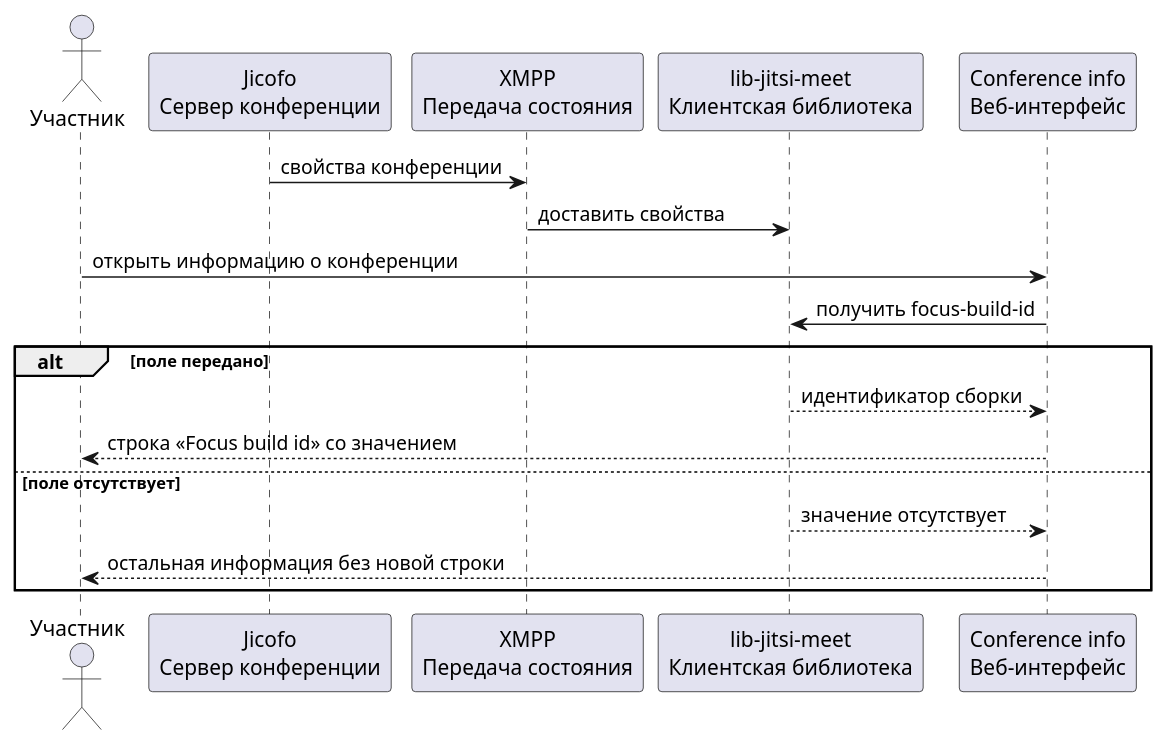
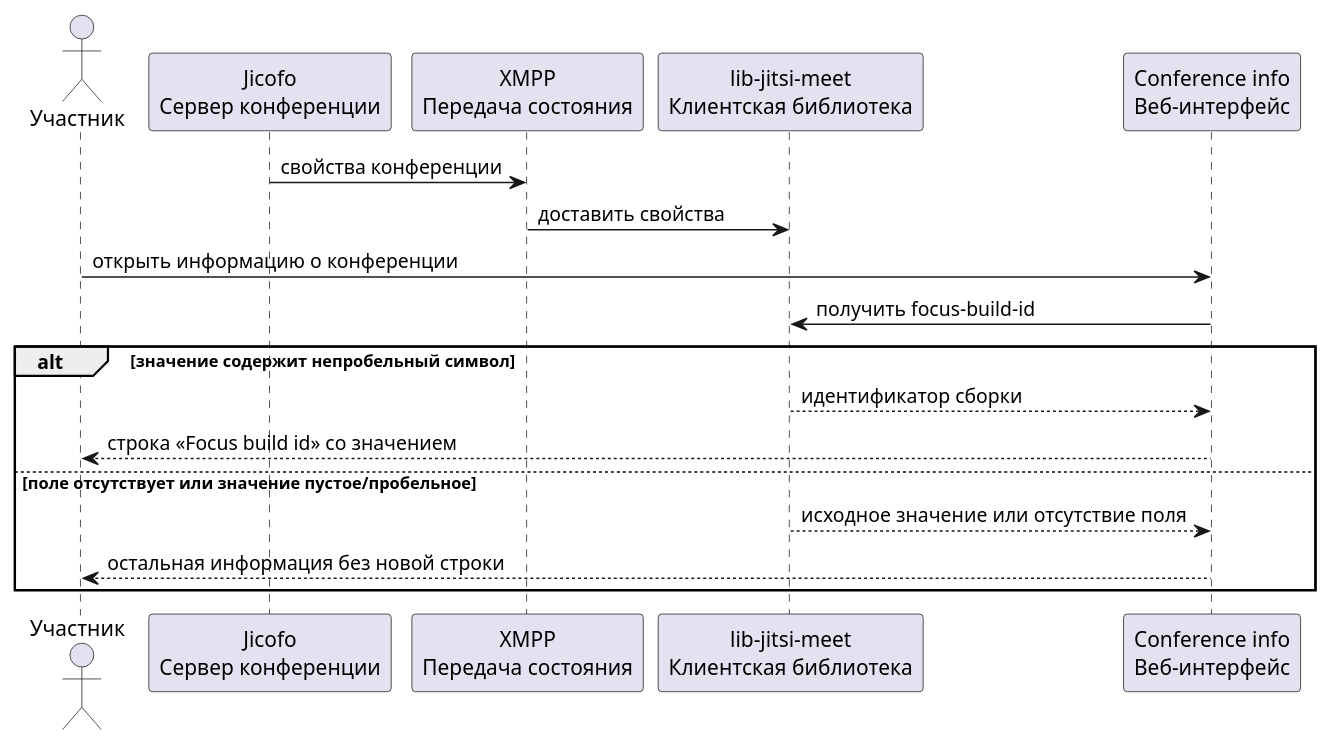
The diagram in openspec/changes/display-conference-focus-build-id/intake.md (kxnzee/specs), drawn with PlantUML before and after one commit. The commit also changed other lines of this file and 5 other files, not shown here.

````diff
--- a/openspec/changes/display-conference-focus-build-id/intake.md
+++ b/openspec/changes/display-conference-focus-build-id/intake.md
@@ -139,21 +139,21 @@
 ```plantuml
 @startuml
 actor "Участник" as User
 participant "Jicofo\nСервер конференции" as Focus
 participant "XMPP\nПередача состояния" as Presence
 participant "lib-jitsi-meet\nКлиентская библиотека" as Library
 participant "Conference info\nВеб-интерфейс" as Web
 
 Focus -> Presence: свойства конференции
 Presence -> Library: доставить свойства
 User -> Web: открыть информацию о конференции
 Web -> Library: получить focus-build-id
-alt поле передано
+alt значение содержит непробельный символ
   Library --> Web: идентификатор сборки
   Web --> User: строка «Focus build id» со значением
-else поле отсутствует
-  Library --> Web: значение отсутствует
+else поле отсутствует или значение пустое/пробельное
+  Library --> Web: исходное значение или отсутствие поля
   Web --> User: остальная информация без новой строки
 end
 @enduml
 ```
````
